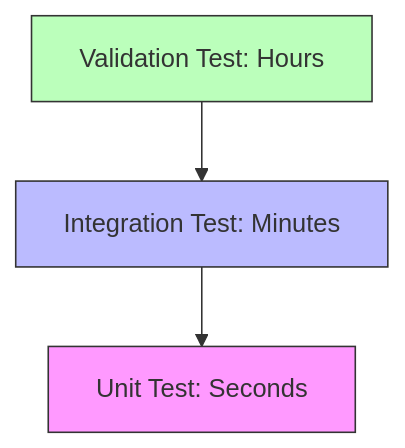
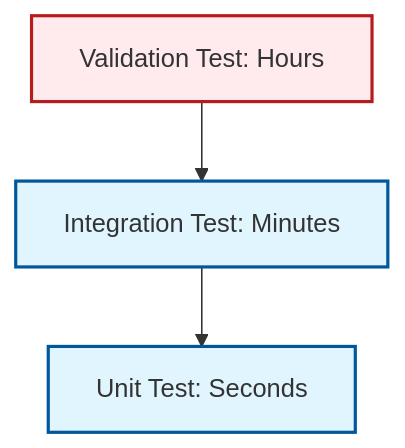
The first of 2 diagrams in MODULE_08_TESTING_VALIDATION/CONTENT/03_VALIDATION_BENCHMARKS/03_Best_Practices.md (wramet/build-my-cfd), drawn with Mermaid before and after one commit. The commit also changed other lines of this file and 313 other files, not shown here.

Commit message:
Revise all diagram

````diff
--- a/MODULE_08_TESTING_VALIDATION/CONTENT/03_VALIDATION_BENCHMARKS/03_Best_Practices.md
+++ b/MODULE_08_TESTING_VALIDATION/CONTENT/03_VALIDATION_BENCHMARKS/03_Best_Practices.md
@@ -314,8 +314,8 @@
 ```mermaid
-graph TD
-    Level3[Validation Test: Hours] --> Level2[Integration Test: Minutes]
-    Level2 --> Level1[Unit Test: Seconds]
-    style Level1 fill:#f9f,stroke:#333
-    style Level2 fill:#bbf,stroke:#333
-    style Level3 fill:#bfb,stroke:#333
+flowchart TD
+classDef implicit fill:#e1f5fe,stroke:#01579b,stroke-width:2px
+classDef explicit fill:#ffebee,stroke:#b71c1c,stroke-width:2px
+classDef context fill:#f5f5f5,stroke:#616161,stroke-width:1px
+Level3[Validation Test: Hours]:::explicit --> Level2[Integration Test: Minutes]:::implicit
+Level2 --> Level1[Unit Test: Seconds]:::implicit
 ```
````
